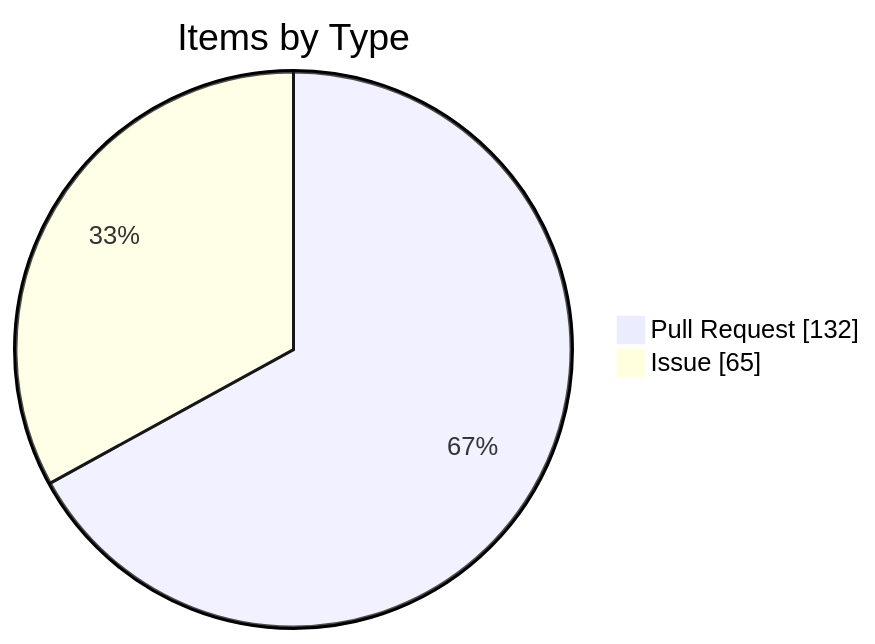
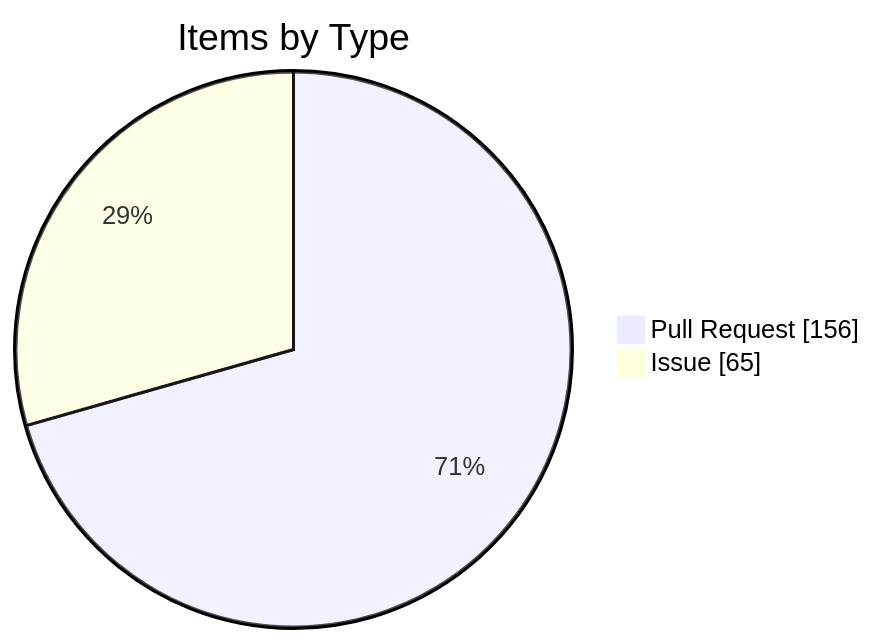
The fourth of 4 diagrams in apps/kbve/astro-kbve/src/content/docs/dashboard/kanban-data.mdx (KBVE/kbve), drawn with Mermaid before and after one commit. The commit also changed other lines of this file and 8 other files, not shown here.

````diff
--- a/apps/kbve/astro-kbve/src/content/docs/dashboard/kanban-data.mdx
+++ b/apps/kbve/astro-kbve/src/content/docs/dashboard/kanban-data.mdx
@@ -116,6 +116,6 @@
 ```mermaid
 pie showData
     title Items by Type
-    "Pull Request" : 132
+    "Pull Request" : 156
     "Issue" : 65
 ```
````
